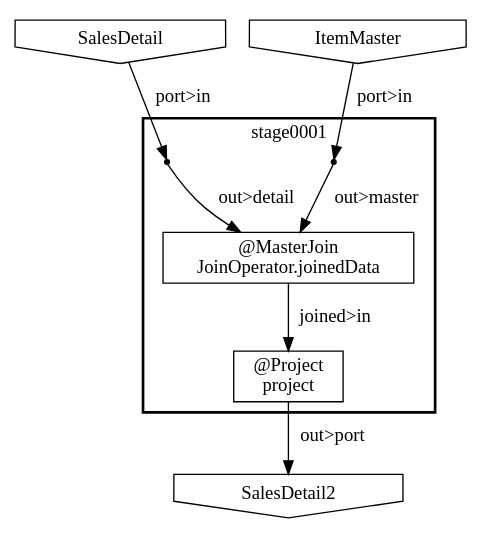
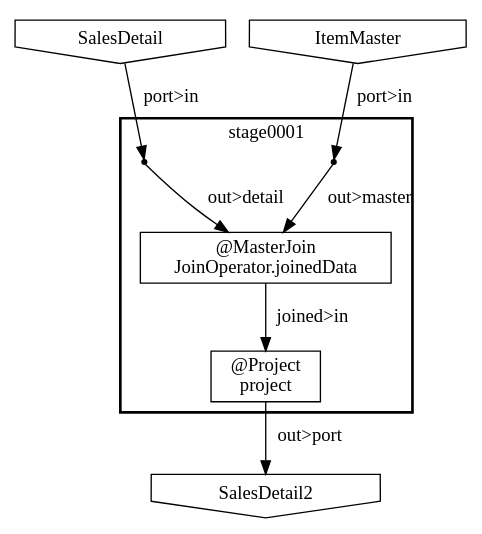
The diagram in target/batchc/FirstStepBatch/opt/dsl-analysis/jobflow/MainJobFlow/stageblock-1.dot (ironpeace/Asakusa-FirstStep), drawn with Graphviz before and after one commit. The commit also changed 46 other files, not shown here.

```diff
--- a/target/batchc/FirstStepBatch/opt/dsl-analysis/jobflow/MainJobFlow/stageblock-1.dot
+++ b/target/batchc/FirstStepBatch/opt/dsl-analysis/jobflow/MainJobFlow/stageblock-1.dot
@@ -1,19 +1,19 @@
 digraph {
-    "9cfc9aa3-e5c2-47f2-a6eb-551dd7a54a95" [shape=invhouse, label="SalesDetail"];
-    "cc6c4393-71a8-4bd8-9718-50302858d8c4" [shape=invhouse, label="SalesDetail2"];
-    "5f68d22e-5194-4106-aeac-40c76afbb89c" [shape=invhouse, label="ItemMaster"];
-    subgraph "cluster_6c3b429e-99c1-4dda-890f-9116b5a4f863" {
+    "174c2d7e-c637-47c8-a4fb-4a3d79c06205" [shape=invhouse, label="SalesDetail"];
+    "6d9edde8-638e-4687-9f22-5453b015ab04" [shape=invhouse, label="ItemMaster"];
+    "8e9648ac-d78e-472d-a2b0-bd9958b1f260" [shape=invhouse, label="SalesDetail2"];
+    subgraph "cluster_bd98f496-a1b5-42c5-913e-68323b65196e" {
         label = "stage0001";
         style = bold;
-        "593ab10b-edfb-41df-9c1e-19ca942f5aeb" [shape=point];
-        "f17419d2-5f30-4788-be5c-45dc695009d2" [shape=point];
-        "16a93fd4-6e37-43d5-b864-89b36e4fdedc" [shape=box, label="@MasterJoin\nJoinOperator.joinedData"];
-        "22c027c4-b07d-4bf5-8855-6e87cc19d359" [shape=box, label="@Project\nproject"];
+        "00d85d8a-41b3-42a0-86e1-d163fbb93de1" [shape=point];
+        "3bd9bb54-97a9-49da-b1f6-b7fc61e4ada0" [shape=point];
+        "6fa47b52-d029-4c6c-8107-d3ab982c5cf1" [shape=box, label="@Project\nproject"];
+        "63a8f078-58ec-4fa7-9afb-1c061466ca94" [shape=box, label="@MasterJoin\nJoinOperator.joinedData"];
     }
-    "5f68d22e-5194-4106-aeac-40c76afbb89c" -> "f17419d2-5f30-4788-be5c-45dc695009d2" [label="port>in"];
-    "9cfc9aa3-e5c2-47f2-a6eb-551dd7a54a95" -> "593ab10b-edfb-41df-9c1e-19ca942f5aeb" [label="port>in"];
-    "593ab10b-edfb-41df-9c1e-19ca942f5aeb" -> "16a93fd4-6e37-43d5-b864-89b36e4fdedc" [label="out>detail"];
-    "f17419d2-5f30-4788-be5c-45dc695009d2" -> "16a93fd4-6e37-43d5-b864-89b36e4fdedc" [label="out>master"];
-    "22c027c4-b07d-4bf5-8855-6e87cc19d359" -> "cc6c4393-71a8-4bd8-9718-50302858d8c4" [label="out>port"];
-    "16a93fd4-6e37-43d5-b864-89b36e4fdedc" -> "22c027c4-b07d-4bf5-8855-6e87cc19d359" [label="joined>in"];
+    "6d9edde8-638e-4687-9f22-5453b015ab04" -> "00d85d8a-41b3-42a0-86e1-d163fbb93de1" [label="port>in"];
+    "174c2d7e-c637-47c8-a4fb-4a3d79c06205" -> "3bd9bb54-97a9-49da-b1f6-b7fc61e4ada0" [label="port>in"];
+    "3bd9bb54-97a9-49da-b1f6-b7fc61e4ada0" -> "63a8f078-58ec-4fa7-9afb-1c061466ca94" [label="out>detail"];
+    "00d85d8a-41b3-42a0-86e1-d163fbb93de1" -> "63a8f078-58ec-4fa7-9afb-1c061466ca94" [label="out>master"];
+    "6fa47b52-d029-4c6c-8107-d3ab982c5cf1" -> "8e9648ac-d78e-472d-a2b0-bd9958b1f260" [label="out>port"];
+    "63a8f078-58ec-4fa7-9afb-1c061466ca94" -> "6fa47b52-d029-4c6c-8107-d3ab982c5cf1" [label="joined>in"];
 }
```
